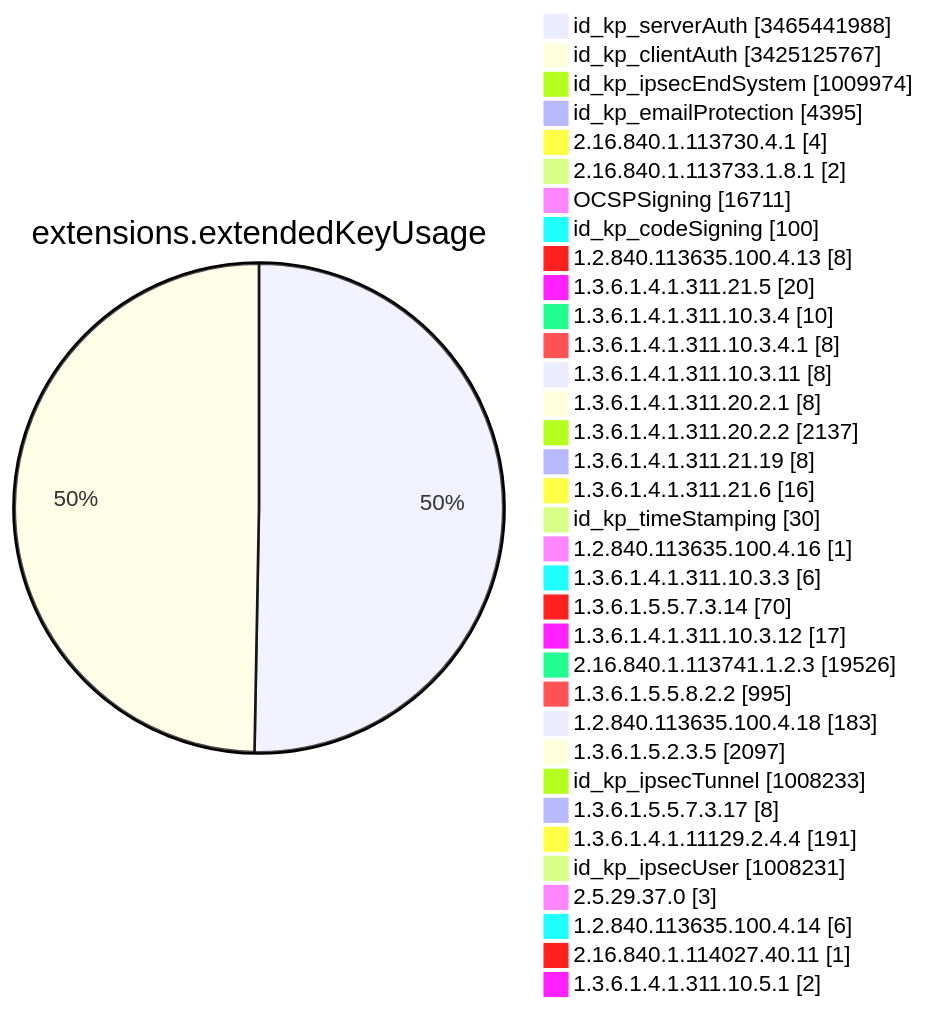
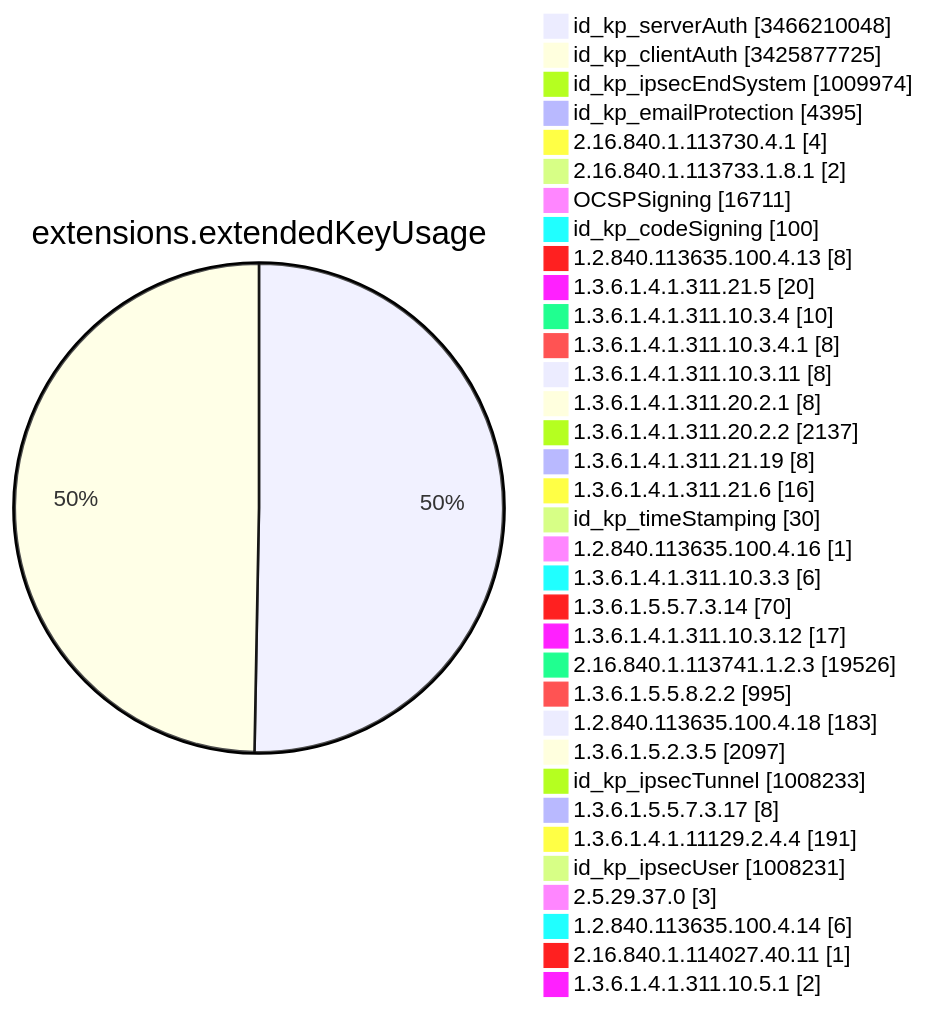
Diagram 11 of 15 in TOTAL/README.md (christiankrug/ctmonitor_visualization), drawn with Mermaid before and after one commit. The commit also changed other lines of this file, not shown here.

````diff
--- a/TOTAL/README.md
+++ b/TOTAL/README.md
@@ -4123,38 +4123,38 @@
 ```mermaid
 pie showData
 title extensions.extendedKeyUsage
-"id_kp_serverAuth" :3465441988
-"id_kp_clientAuth" :3425125767
+"id_kp_serverAuth" :3466210048
+"id_kp_clientAuth" :3425877725
 "id_kp_ipsecEndSystem" :1009974
 "id_kp_emailProtection" :4395
 "2.16.840.1.113730.4.1" :4
 "2.16.840.1.113733.1.8.1" :2
 "OCSPSigning" :16711
 "id_kp_codeSigning" :100
 "1.2.840.113635.100.4.13" :8
 "1.3.6.1.4.1.311.21.5" :20
 "1.3.6.1.4.1.311.10.3.4" :10
 "1.3.6.1.4.1.311.10.3.4.1" :8
 "1.3.6.1.4.1.311.10.3.11" :8
 "1.3.6.1.4.1.311.20.2.1" :8
 "1.3.6.1.4.1.311.20.2.2" :2137
 "1.3.6.1.4.1.311.21.19" :8
 "1.3.6.1.4.1.311.21.6" :16
 "id_kp_timeStamping" :30
 "1.2.840.113635.100.4.16" :1
 "1.3.6.1.4.1.311.10.3.3" :6
 "1.3.6.1.5.5.7.3.14" :70
 "1.3.6.1.4.1.311.10.3.12" :17
 "2.16.840.1.113741.1.2.3" :19526
 "1.3.6.1.5.5.8.2.2" :995
 "1.2.840.113635.100.4.18" :183
 "1.3.6.1.5.2.3.5" :2097
 "id_kp_ipsecTunnel" :1008233
 "1.3.6.1.5.5.7.3.17" :8
 "1.3.6.1.4.1.11129.2.4.4" :191
 "id_kp_ipsecUser" :1008231
 "2.5.29.37.0" :3
 "1.2.840.113635.100.4.14" :6
 "2.16.840.1.114027.40.11" :1
 "1.3.6.1.4.1.311.10.5.1" :2
 ```
````
